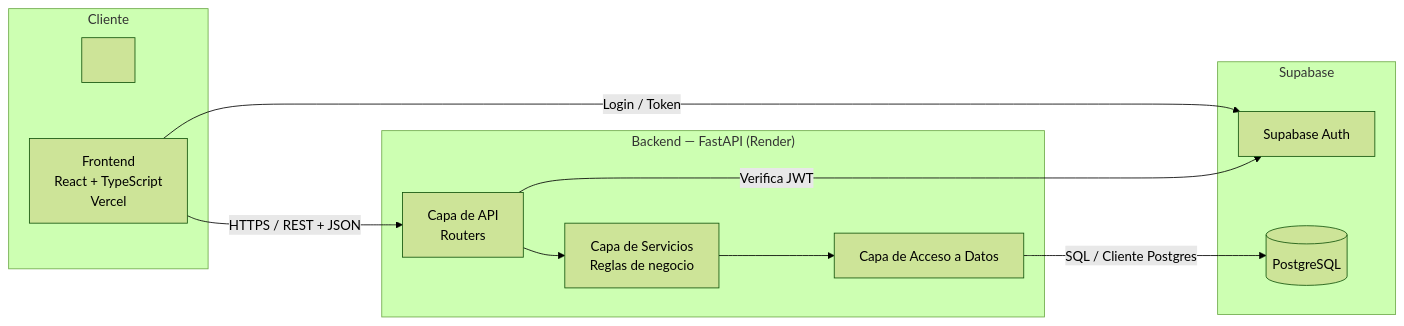
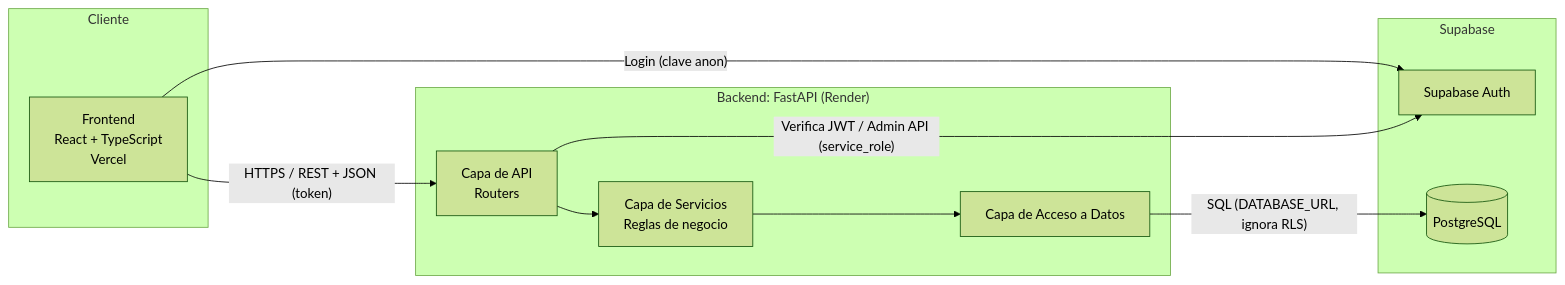
Before and after one commit to nicolaspannunzio/TRABAJO-FINAL-UTN-OLIMA-PANNUNZIO: the diagram in docs/arquitectura.md, drawn with Mermaid (forest theme). The commit also changed other lines of this file and 41 other files, not shown here.

````diff
--- a/docs/arquitectura.md
+++ b/docs/arquitectura.md
@@ -38,29 +40,23 @@
 ```mermaid
 flowchart LR
-&nbsp;&nbsp;&nbsp;&nbsp;subgraph Cliente
-&nbsp;&nbsp;&nbsp;&nbsp;&nbsp;&nbsp;&nbsp;&nbsp;FE[Frontend<br/>React + TypeScript<br/>Vercel]
-&nbsp;&nbsp;&nbsp;&nbsp;end
+    subgraph Cliente
+        FE["Frontend<br/>React + TypeScript<br/>Vercel"]
+    end
 
-&nbsp;
+    subgraph Backend["Backend: FastAPI (Render)"]
+        R["Capa de API<br/>Routers"]
+        S["Capa de Servicios<br/>Reglas de negocio"]
+        D["Capa de Acceso a Datos"]
+        R --> S --> D
+    end
 
-&nbsp;&nbsp;&nbsp;&nbsp;subgraph Backend["Backend — FastAPI (Render)"]
-&nbsp;&nbsp;&nbsp;&nbsp;&nbsp;&nbsp;&nbsp;&nbsp;R[Capa de API<br/>Routers]
-&nbsp;&nbsp;&nbsp;&nbsp;&nbsp;&nbsp;&nbsp;&nbsp;S[Capa de Servicios<br/>Reglas de negocio]
-&nbsp;&nbsp;&nbsp;&nbsp;&nbsp;&nbsp;&nbsp;&nbsp;D[Capa de Acceso a Datos]
-&nbsp;&nbsp;&nbsp;&nbsp;&nbsp;&nbsp;&nbsp;&nbsp;R --> S --> D
-&nbsp;&nbsp;&nbsp;&nbsp;end
+    subgraph Supabase
+        AUTH["Supabase Auth"]
+        DB[("PostgreSQL")]
+    end
 
-&nbsp;
-
-&nbsp;&nbsp;&nbsp;&nbsp;subgraph Supabase
-&nbsp;&nbsp;&nbsp;&nbsp;&nbsp;&nbsp;&nbsp;&nbsp;AUTH[Supabase Auth]
-&nbsp;&nbsp;&nbsp;&nbsp;&nbsp;&nbsp;&nbsp;&nbsp;DB[(PostgreSQL)]
-&nbsp;&nbsp;&nbsp;&nbsp;end
-
-&nbsp;
-
-&nbsp;&nbsp;&nbsp;&nbsp;FE -- HTTPS / REST + JSON --> R
-&nbsp;&nbsp;&nbsp;&nbsp;FE -- Login / Token --> AUTH
-&nbsp;&nbsp;&nbsp;&nbsp;R -- Verifica JWT --> AUTH
-&nbsp;&nbsp;&nbsp;&nbsp;D -- SQL / Cliente Postgres --> DB
+    FE -- "HTTPS / REST + JSON (token)" --> R
+    FE -- "Login (clave anon)" --> AUTH
+    R -- "Verifica JWT / Admin API (service_role)" --> AUTH
+    D -- "SQL (DATABASE_URL, ignora RLS)" --> DB
 ```
````
